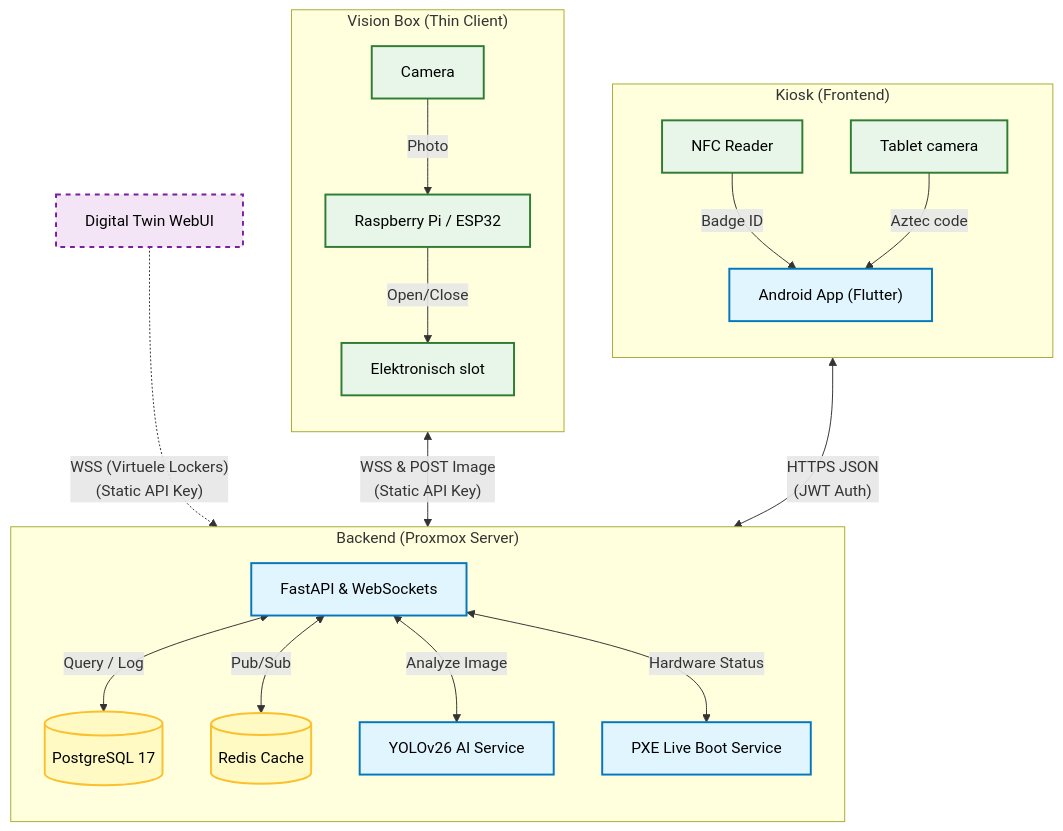
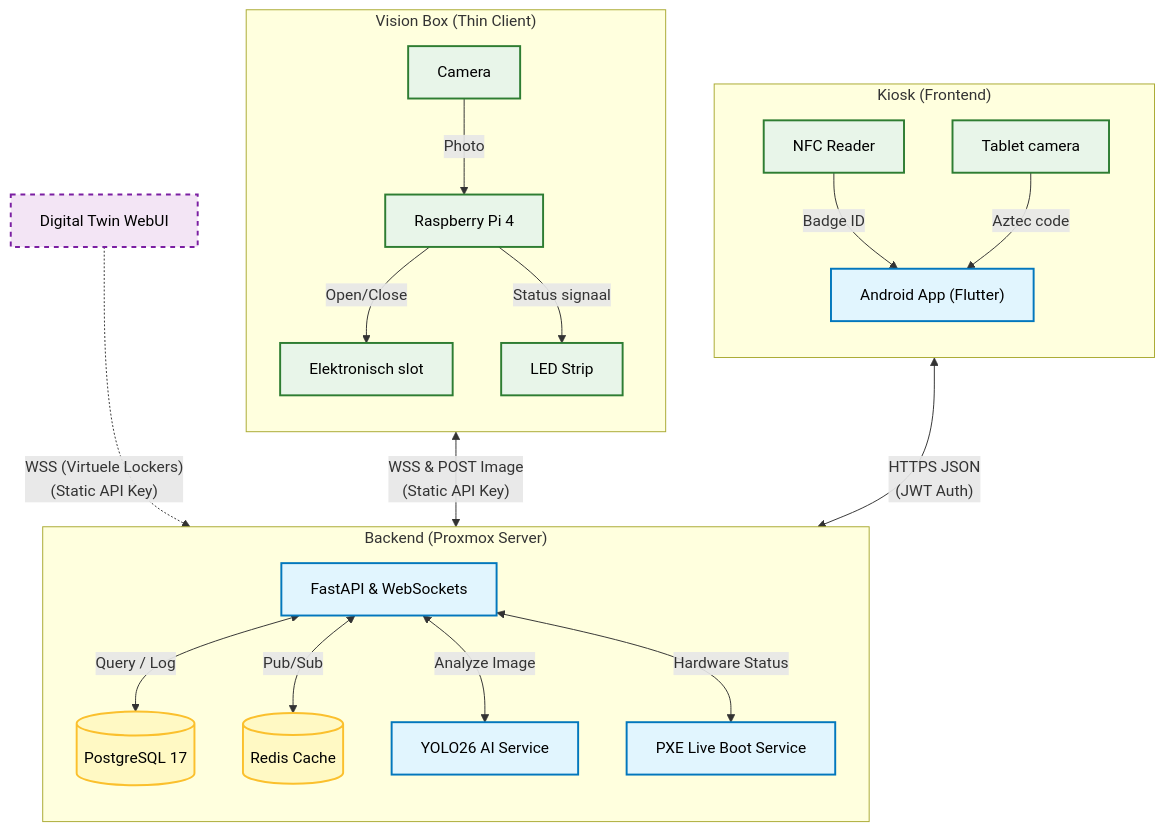
Before and after one commit to easylend-practice-enterprise/easylend: the second of 3 diagrams in docs/architecture.md, drawn with Mermaid. The commit also changed other lines of this file and 7 other files, not shown here.

Commit message:
docs: uitgebreide update architectuur, workflows, gap analysis en backend plan

````diff
--- a/docs/architecture.md
+++ b/docs/architecture.md
@@ -54,59 +54,61 @@
 ```mermaid
 flowchart TD
     %% STIJLEN (Corporate & Clean)
     classDef soft fill:#E1F5FE,stroke:#0277BD,stroke-width:2px,color:#000;
     classDef hard fill:#E8F5E9,stroke:#2E7D32,stroke-width:2px,color:#000;
     classDef data fill:#FFF9C4,stroke:#FBC02d,stroke-width:2px,color:#000;
     classDef sim  fill:#F3E5F5,stroke:#7B1FA2,stroke-width:2px,stroke-dasharray: 5 5,color:#000;
 
     %% DOMEIN 1: KIOSK (LINKS)
     subgraph Kiosk ["Kiosk (Frontend)"]
         direction TB
         NFC[NFC Reader]:::hard
         CamTab["Tablet camera"]:::hard
         App["Android App (Flutter)"]:::soft
         
         NFC -->|Badge ID| App
         CamTab -->|Aztec code| App
     end
 
     %% DOMEIN 2: BACKEND (MIDDEN)
     subgraph Backend ["Backend (Proxmox Server)"]
         direction TB
         API["FastAPI & WebSockets"]:::soft
-        AIService["YOLOv26 AI Service"]:::soft
+        AIService["YOLO26 AI Service"]:::soft
         PXE["PXE Live Boot Service"]:::soft
         DB[(PostgreSQL 17)]:::data
         Redis[(Redis Cache)]:::data
         
         API <-->|"Query / Log"| DB
         API <-->|"Pub/Sub"| Redis
         API <-->|"Analyze Image"| AIService
         API <-->|"Hardware Status"| PXE
     end
 
     %% DOMEIN 3: VISION BOX (RECHTS)
     subgraph Box ["Vision Box (Thin Client)"]
         direction TB
-        RPi["Raspberry Pi / ESP32"]:::hard
+        RPi["Raspberry Pi 4"]:::hard
         CamBox[Camera]:::hard
         Lock["Elektronisch slot"]:::hard
+        LED["LED Strip"]:::hard
         
         CamBox -->|Photo| RPi
         RPi -->|"Open/Close"| Lock
+        RPi -->|"Status signaal"| LED
     end
 
     %% SIMULATIE (ONDER)
     Sim["Digital Twin WebUI"]:::sim
 
     %% HOOFD VERBINDINGEN
     
     %% Kiosk praat met API
     App <-->|"HTTPS JSON<br/>(JWT Auth)"| API
 
     %% API praat met Box
     RPi <-->|"WSS & POST Image<br/>(Static API Key)"| API
 
     %% Simulatie test de API
     Sim -.->|"WSS (Virtuele Lockers)<br/>(Static API Key)"| API
 ```
````
